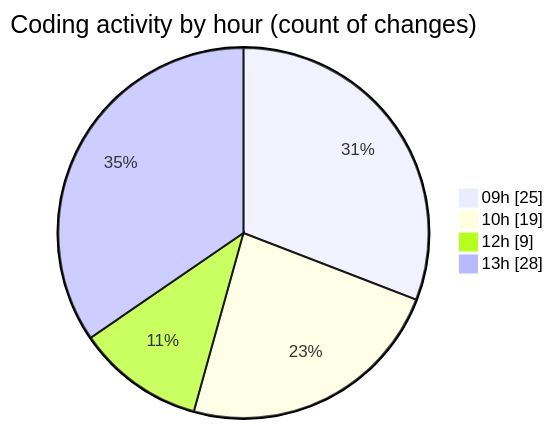
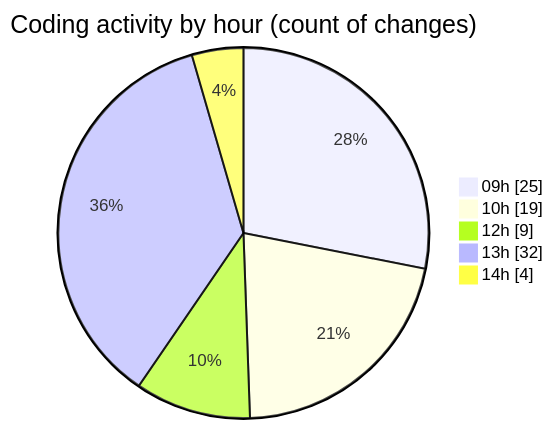
Before and after one commit to momahboobian/code-tracking: the second of 2 diagrams in 2025-08-19/cda/README.md, drawn with Mermaid. The commit also changed other lines of this file and 1 other file, not shown here.

````diff
--- a/2025-08-19/cda/README.md
+++ b/2025-08-19/cda/README.md
@@ -52,8 +53,9 @@
 ```mermaid
 pie showData
 title Coding activity by hour (count of changes)
 "09h" : 25
 "10h" : 19
 "12h" : 9
-"13h" : 28
+"13h" : 32
+"14h" : 4
 ```
````
